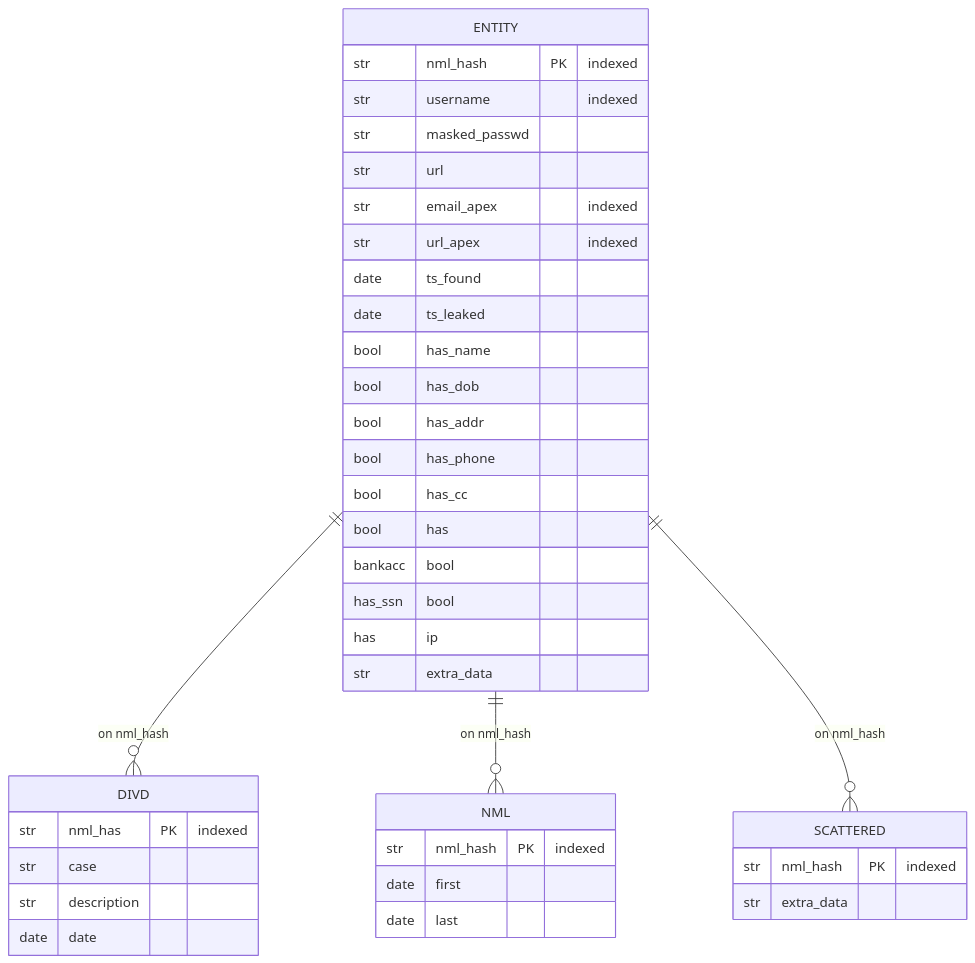
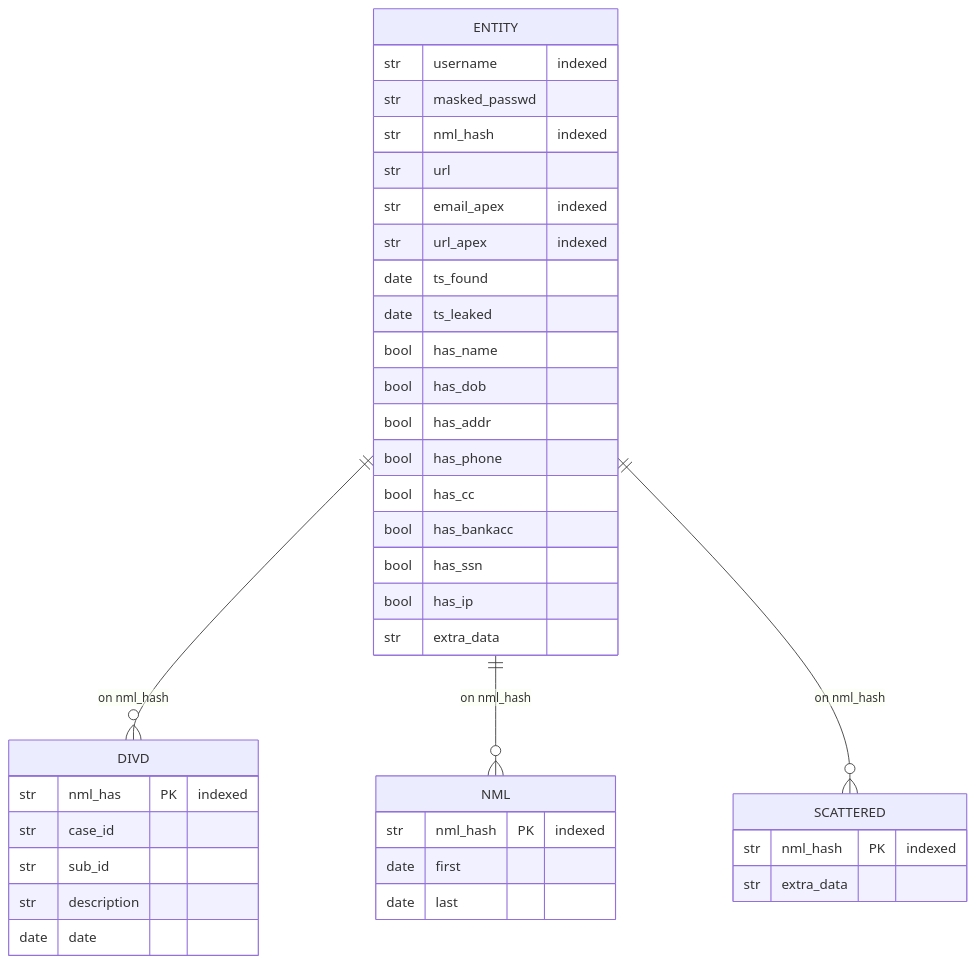
One commit to DIVD-NL/stolen_creds_pipeline changed the second of 3 diagrams in README.md. Above: the diagram before and after it, drawn with Mermaid. The commit also changed other lines of this file and 17 other files, not shown here.

````diff
--- a/README.md
+++ b/README.md
@@ -89,44 +89,45 @@
 ```mermaid
 erDiagram
     ENTITY {
-        str nml_hash PK "indexed"
         str username "indexed"
         str masked_passwd
+        str nml_hash "indexed"
         str url
         str email_apex "indexed"
         str url_apex "indexed"
         date ts_found
         date ts_leaked
         bool has_name
         bool has_dob
         bool has_addr
         bool has_phone
         bool has_cc
-        bool has bankacc
+        bool has_bankacc
         bool has_ssn
-        bool has ip 
+        bool has_ip 
         str extra_data
     }
 
     DIVD {
         str nml_has PK "indexed"
-        str case
+        str case_id
+        str sub_id
         str description
         date date
     }
 
     NML {
         str nml_hash PK "indexed"
         date first
         date last
     }
 
     SCATTERED {
         str nml_hash PK "indexed"
         str extra_data
     }
 
     ENTITY ||--0+ DIVD : "on nml_hash"
     ENTITY ||--0+ NML : "on nml_hash"
     ENTITY ||--0+ SCATTERED : "on nml_hash"
 ```
````
